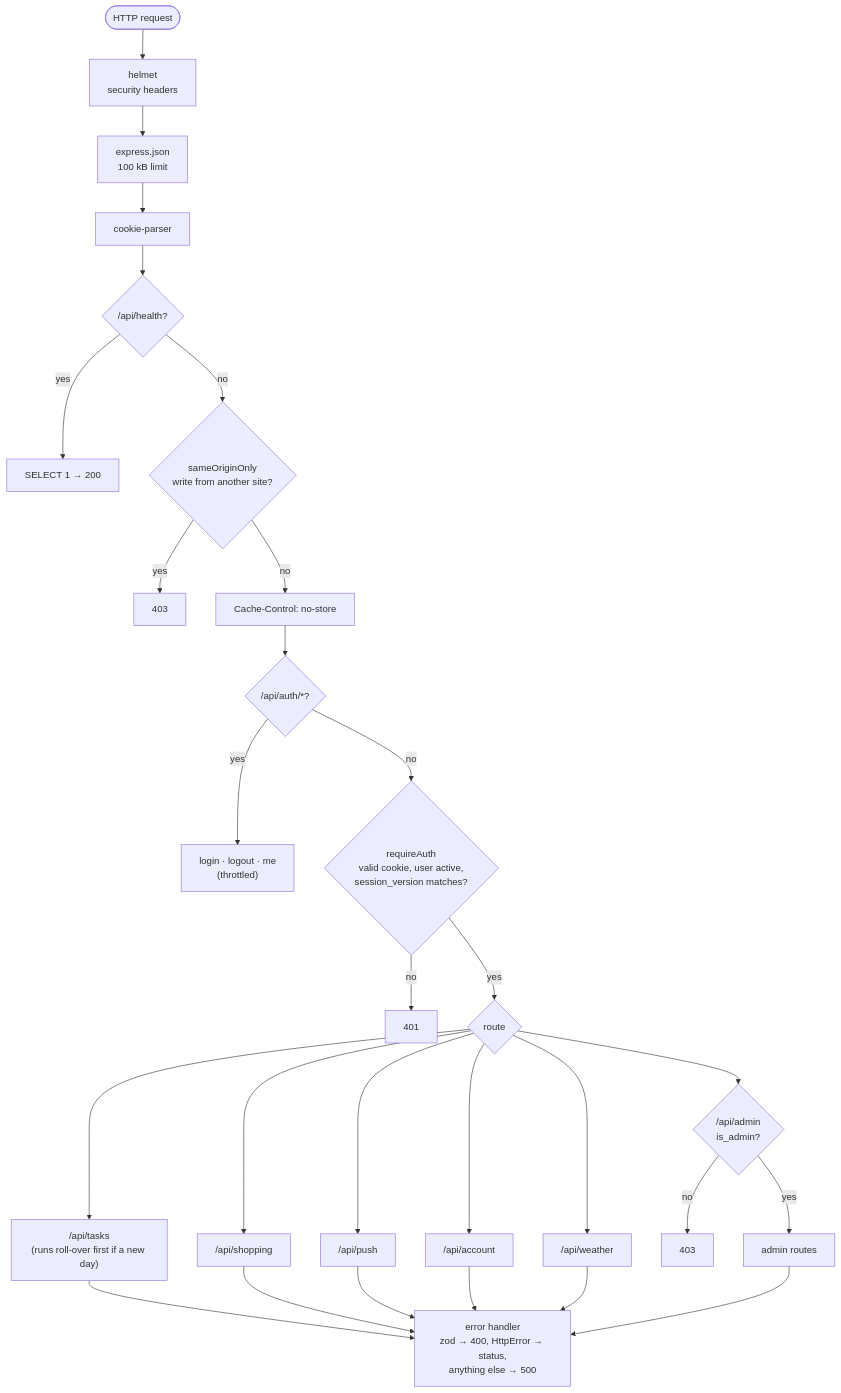
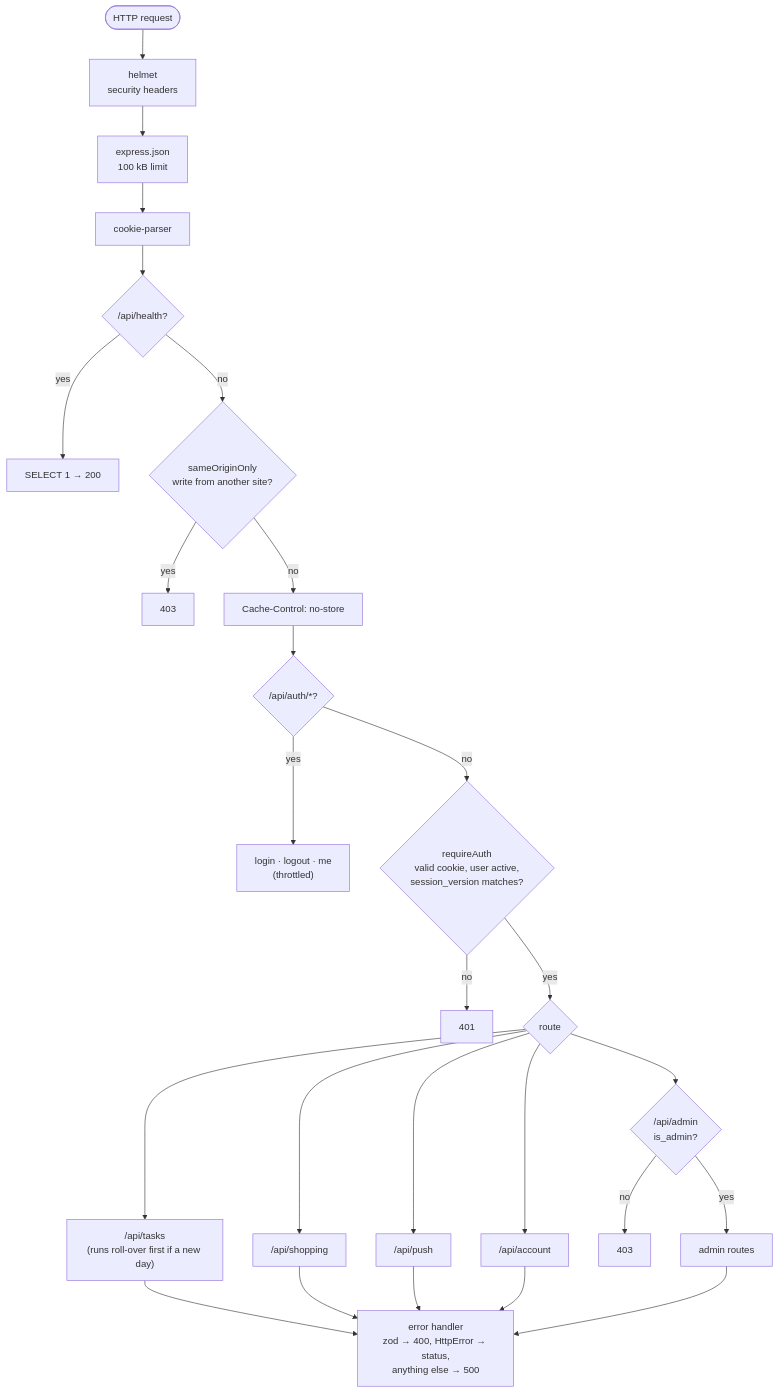
Before and after one commit to jaaseru/questlog: the second of 4 diagrams in docs/architecture.md, drawn with Mermaid. The commit also changed other lines of this file and 26 other files, not shown here.

````diff
--- a/docs/architecture.md
+++ b/docs/architecture.md
@@ -48,25 +46,24 @@
 ```mermaid
 flowchart TD
   req([HTTP request]) --> helmet["helmet<br/>security headers"]
   helmet --> json["express.json<br/>100 kB limit"]
   json --> cookies["cookie-parser"]
   cookies --> health{"/api/health?"}
   health -- yes --> h200["SELECT 1 → 200"]
   health -- no --> origin{"sameOriginOnly<br/>write from another site?"}
   origin -- yes --> o403["403"]
   origin -- no --> nostore["Cache-Control: no-store"]
   nostore --> authr{"/api/auth/*?"}
   authr -- yes --> auth["login · logout · me<br/>(throttled)"]
   authr -- no --> requireAuth{"requireAuth<br/>valid cookie, user active,<br/>session_version matches?"}
   requireAuth -- no --> a401["401"]
   requireAuth -- yes --> route{"route"}
   route --> tasks["/api/tasks<br/>(runs roll-over first if a new day)"]
   route --> shopping["/api/shopping"]
   route --> push["/api/push"]
   route --> account["/api/account"]
-  route --> weather["/api/weather"]
   route --> adminq{"/api/admin<br/>is_admin?"}
   adminq -- no --> d403["403"]
   adminq -- yes --> admin["admin routes"]
-  tasks & shopping & push & account & weather & admin --> errors["error handler<br/>zod → 400, HttpError → status,<br/>anything else → 500"]
+  tasks & shopping & push & account & admin --> errors["error handler<br/>zod → 400, HttpError → status,<br/>anything else → 500"]
 ```
````
